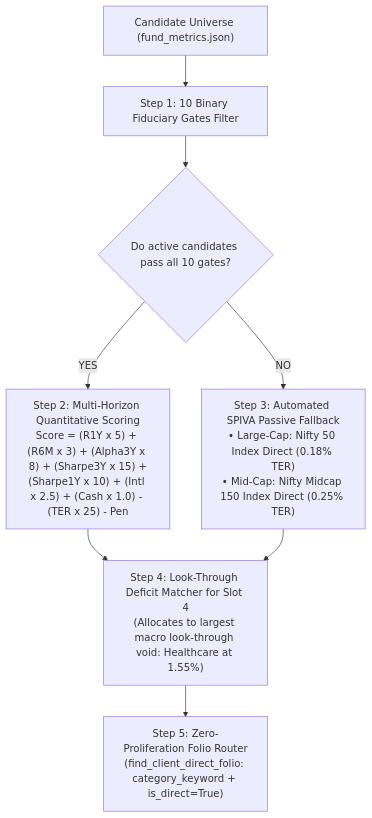
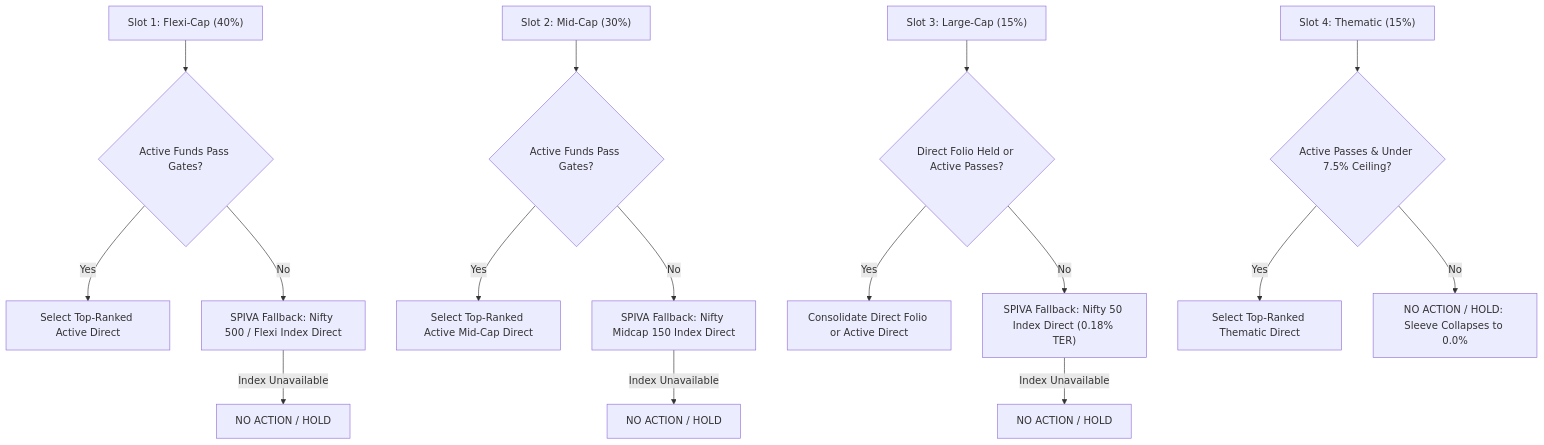
The diagram in ARCHITECTURE.md (o0k00l/MF-AI-Based), drawn with Mermaid before and after one commit. The commit also changed other lines of this file and 169 other files, not shown here.

````diff
--- a/ARCHITECTURE.md
+++ b/ARCHITECTURE.md
@@ -113,10 +147,21 @@
 ```mermaid
 flowchart TD
-    Universe["Candidate Universe (fund_metrics.json)"] --> G10["Step 1: 10 Binary Fiduciary Gates Filter"]
-    G10 --> Branch{"Do active candidates pass all 10 gates?"}
-    Branch -- "YES" --> MultiScore["Step 2: Multi-Horizon Quantitative Scoring\nScore = (R1Y x 5) + (R6M x 3) + (Alpha3Y x 8) + (Sharpe3Y x 15) +\n(Sharpe1Y x 10) + (Intl x 2.5) + (Cash x 1.0) - (TER x 25) - Pen"]
-    Branch -- "NO" --> PassiveFallback["Step 3: Automated SPIVA Passive Fallback\n• Large-Cap: Nifty 50 Index Direct (0.18% TER)\n• Mid-Cap: Nifty Midcap 150 Index Direct (0.25% TER)"]
-    MultiScore --> SatMatcher["Step 4: Look-Through Deficit Matcher for Slot 4\n(Allocates to largest macro look-through void: Healthcare at 1.55%)"]
-    PassiveFallback --> SatMatcher
-    SatMatcher --> FolioRouter["Step 5: Zero-Proliferation Folio Router\n(find_client_direct_folio: category_keyword + is_direct=True)"]
+    S1["Slot 1: Flexi-Cap (40%)"] --> G1{"Active Funds Pass Gates?"}
+    G1 -- Yes --> A1["Select Top-Ranked Active Direct"]
+    G1 -- No --> F1["SPIVA Fallback: Nifty 500 / Flexi Index Direct"]
+    F1 -- "Index Unavailable" --> H1["NO ACTION / HOLD"]
+    
+    S2["Slot 2: Mid-Cap (30%)"] --> G2{"Active Funds Pass Gates?"}
+    G2 -- Yes --> A2["Select Top-Ranked Active Mid-Cap Direct"]
+    G2 -- No --> F2["SPIVA Fallback: Nifty Midcap 150 Index Direct"]
+    F2 -- "Index Unavailable" --> H2["NO ACTION / HOLD"]
+    
+    S3["Slot 3: Large-Cap (15%)"] --> G3{"Direct Folio Held or Active Passes?"}
+    G3 -- Yes --> A3["Consolidate Direct Folio or Active Direct"]
+    G3 -- No --> F3["SPIVA Fallback: Nifty 50 Index Direct (0.18% TER)"]
+    F3 -- "Index Unavailable" --> H3["NO ACTION / HOLD"]
+    
+    S4["Slot 4: Thematic (15%)"] --> G4{"Active Passes & Under 7.5% Ceiling?"}
+    G4 -- Yes --> A4["Select Top-Ranked Thematic Direct"]
+    G4 -- No --> H4["NO ACTION / HOLD: Sleeve Collapses to 0.0%"]
 ```
````
